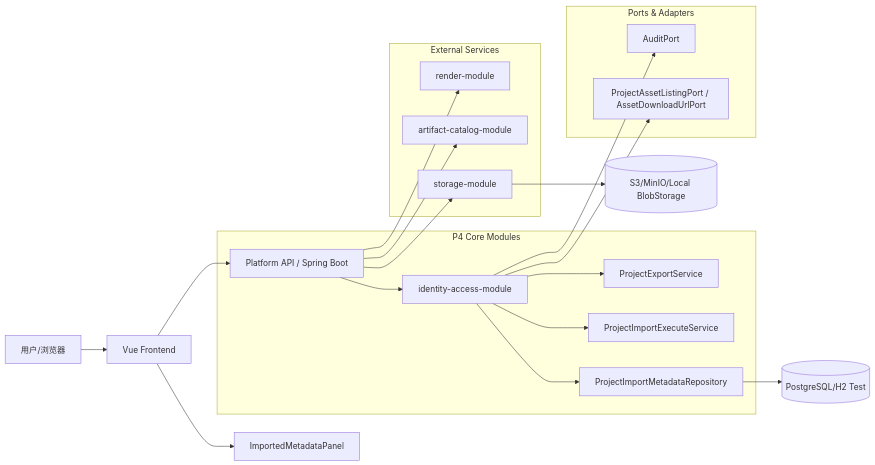
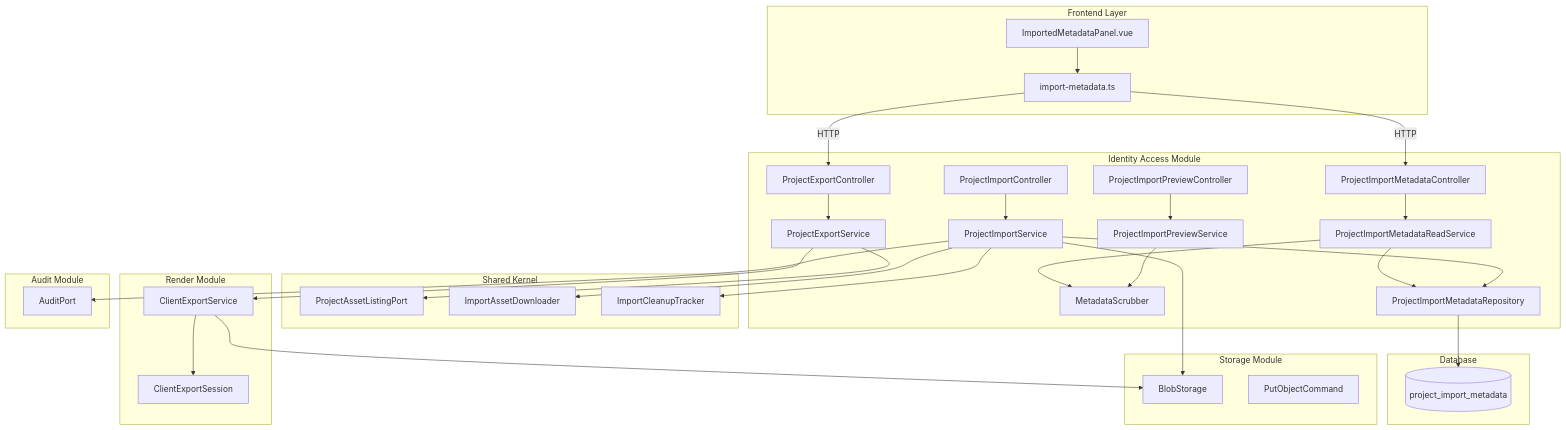
One commit to shangxq007/media-platform changed the first of 8 diagrams in docs/architecture/p4-import-export-architecture.md. Above: the diagram before and after it, drawn with Mermaid. The commit also changed other lines of this file and 6 other files, not shown here.

First line of the commit message:
docs: restructure P4 Import/Export Pipeline documentation

````diff
--- a/docs/architecture/p4-import-export-architecture.md
+++ b/docs/architecture/p4-import-export-architecture.md
@@ -135,28 +113,65 @@
 ```mermaid
-flowchart LR
-    User[用户/浏览器] --> FE[Vue Frontend]
-    FE --> API[Platform API / Spring Boot]
-
-    subgraph P4 Core Modules
-        API --> Identity[identity-access-module]
-        Identity --> ExportSvc[ProjectExportService]
-        Identity --> ImportSvc[ProjectImportExecuteService]
-        Identity --> MetadataRepo[ProjectImportMetadataRepository]
+graph TB
+    subgraph "Frontend Layer"
+        A[ImportedMetadataPanel.vue]
+        B[import-metadata.ts]
     end
 
-    subgraph Ports & Adapters
-        Identity --> AuditPort[AuditPort]
-        Identity --> AssetPort[ProjectAssetListingPort / AssetDownloadUrlPort]
+    subgraph "Identity Access Module"
+        C[ProjectExportController]
+        D[ProjectImportController]
+        E[ProjectImportPreviewController]
+        F[ProjectImportMetadataController]
+        G[ProjectExportService]
+        H[ProjectImportService]
+        I[ProjectImportPreviewService]
+        J[ProjectImportMetadataReadService]
+        K[MetadataScrubber]
+        L[ProjectImportMetadataRepository]
     end
 
-    subgraph External Services
-        API --> Render[render-module]
-        API --> Artifact[artifact-catalog-module]
-        API --> Storage[storage-module]
+    subgraph "Shared Kernel"
+        M[ProjectAssetListingPort]
+        N[ImportAssetDownloader]
+        O[ImportCleanupTracker]
     end
 
-    MetadataRepo --> DB[(PostgreSQL/H2 Test)]
-    Storage --> Blob[(S3/MinIO/Local BlobStorage)]
+    subgraph "Render Module"
+        P[ClientExportService]
+        Q[ClientExportSession]
+    end
 
-    FE --> Panel[ImportedMetadataPanel]
+    subgraph "Storage Module"
+        R[BlobStorage]
+        S[PutObjectCommand]
+    end
+
+    subgraph "Audit Module"
+        T[AuditPort]
+    end
+
+    subgraph "Database"
+        U[(project_import_metadata)]
+    end
+
+    A --> B
+    B -->|HTTP| C
+    B -->|HTTP| F
+    C --> G
+    D --> H
+    E --> I
+    F --> J
+    G --> M
+    H --> N
+    H --> O
+    H --> L
+    I --> K
+    J --> L
+    J --> K
+    L --> U
+    G --> P
+    H --> R
+    H --> T
+    P --> Q
+    P --> R
 ```
````
